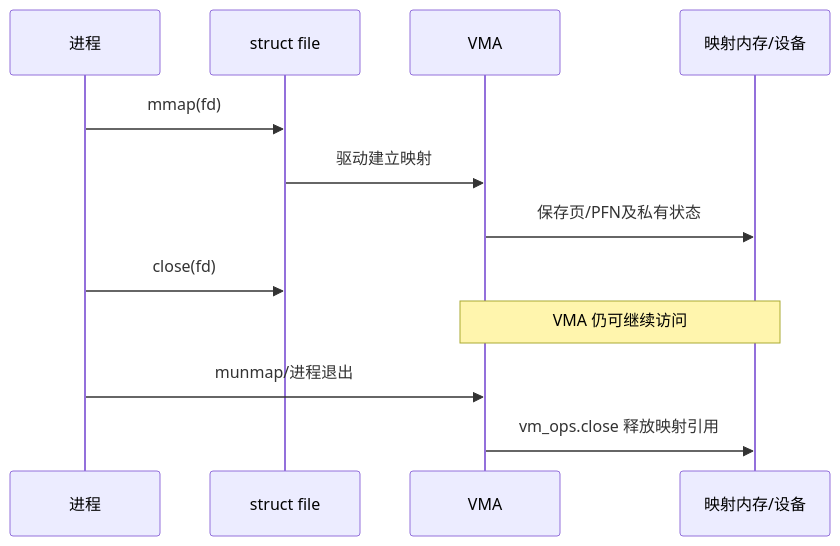
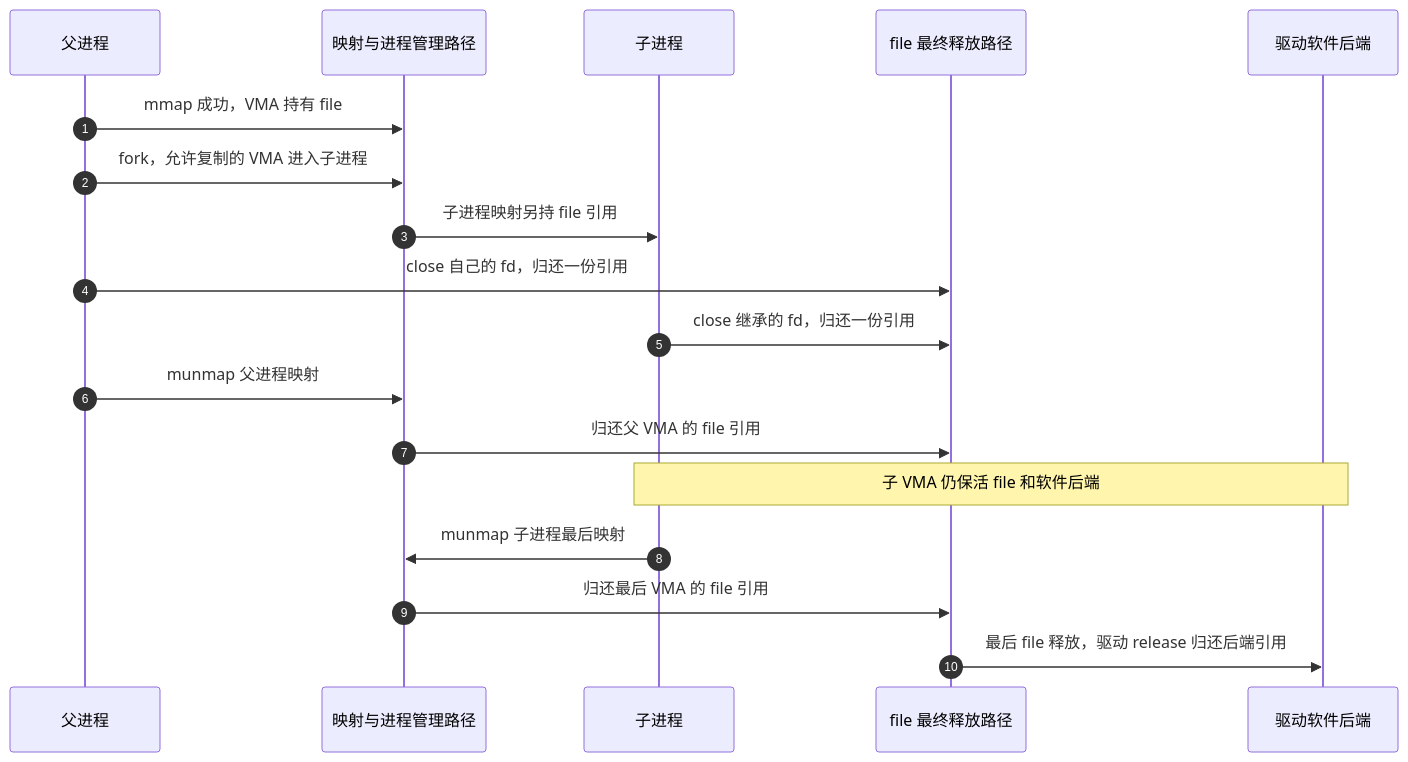
Before and after one commit to FormingSystem/linux_note: the second of 2 diagrams in knowledge/driver_model/character_device/P07_mmap与跨文件生命周期.md, drawn with Mermaid. The commit also changed other lines of this file and 7 other files, not shown here.

````diff
--- a/knowledge/driver_model/character_device/P07_mmap与跨文件生命周期.md
+++ b/knowledge/driver_model/character_device/P07_mmap与跨文件生命周期.md
@@ -17,14 +58,20 @@
 ```mermaid
 sequenceDiagram
-    participant P as 进程
-    participant F as struct file
-    participant V as VMA
-    participant M as 映射内存/设备
-    P->>F: mmap(fd)
-    F->>V: 驱动建立映射
-    V->>M: 保存页/PFN及私有状态
-    P->>F: close(fd)
-    Note over V,M: VMA 仍可继续访问
-    P->>V: munmap/进程退出
-    V->>M: vm_ops.close 释放映射引用
+    autonumber
+    participant A as 父进程
+    participant M as 映射与进程管理路径
+    participant B as 子进程
+    participant F as file 最终释放路径
+    participant D as 驱动软件后端
+    A->>M: mmap 成功，VMA 持有 file
+    A->>M: fork，允许复制的 VMA 进入子进程
+    M->>B: 子进程映射另持 file 引用
+    A->>F: close 自己的 fd，归还一份引用
+    B->>F: close 继承的 fd，归还一份引用
+    A->>M: munmap 父进程映射
+    M->>F: 归还父 VMA 的 file 引用
+    Note over B,D: 子 VMA 仍保活 file 和软件后端
+    B->>M: munmap 子进程最后映射
+    M->>F: 归还最后 VMA 的 file 引用
+    F->>D: 最后 file 释放，驱动 release 归还后端引用
 ```
````
